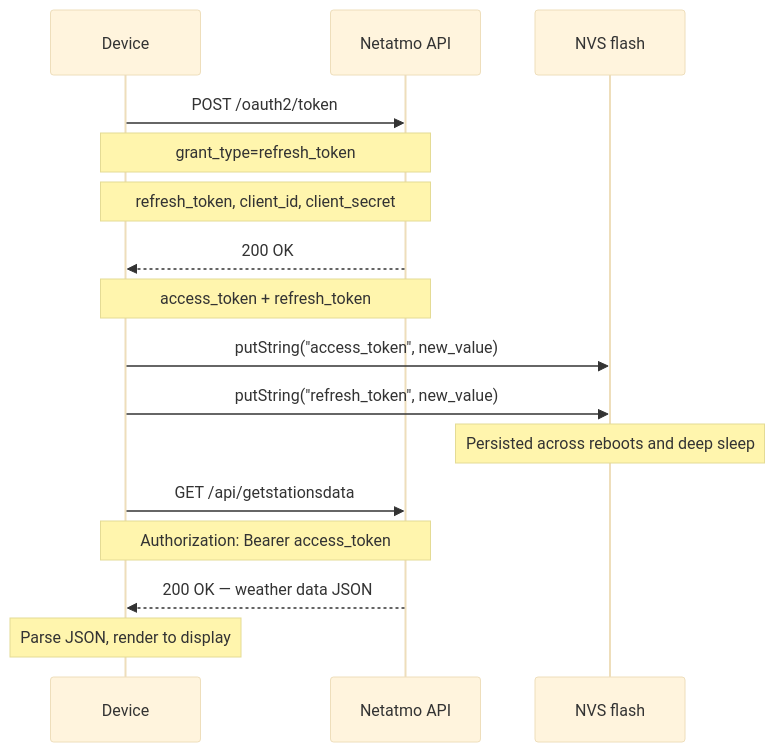
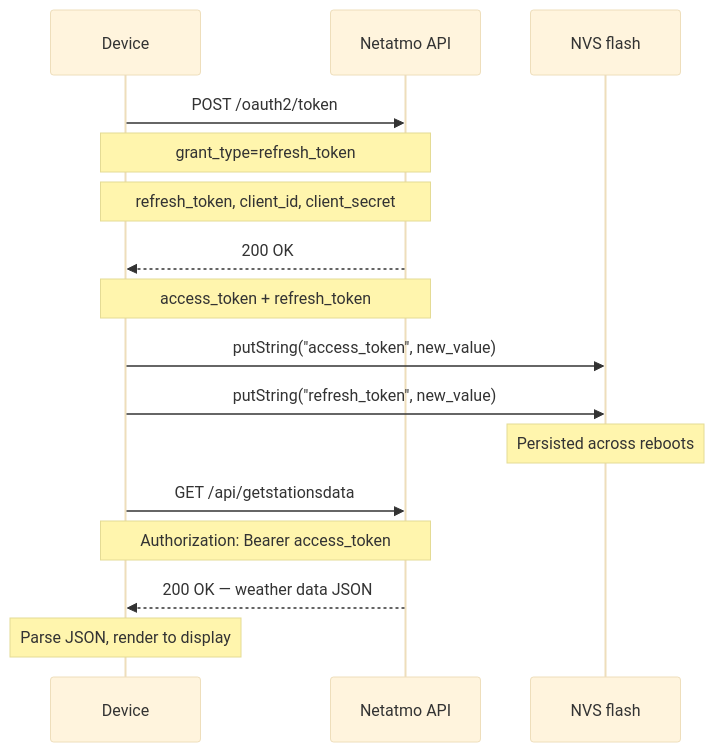
Before and after one commit to vcchstrandberg/netatmo-weather-api: the eighth of 8 diagrams in README.md, drawn with Mermaid (base theme). The commit also changed other lines of this file and 1 other file, not shown here.

First line of the commit message:
Bump to v1.4, remove all deep sleep references from docs

````diff
--- a/README.md
+++ b/README.md
@@ -293,23 +293,23 @@
 ```mermaid
 sequenceDiagram
     participant A as Device
     participant N as Netatmo API
     participant S as NVS flash
 
     A->>N: POST /oauth2/token
     Note over A,N: grant_type=refresh_token
     Note over A,N: refresh_token, client_id, client_secret
 
     N-->>A: 200 OK
     Note over N,A: access_token + refresh_token
 
     A->>S: putString("access_token", new_value)
     A->>S: putString("refresh_token", new_value)
-    Note over S: Persisted across reboots and deep sleep
+    Note over S: Persisted across reboots
 
     A->>N: GET /api/getstationsdata
     Note over A,N: Authorization: Bearer access_token
 
     N-->>A: 200 OK — weather data JSON
     Note over A: Parse JSON, render to display
 ```
````
